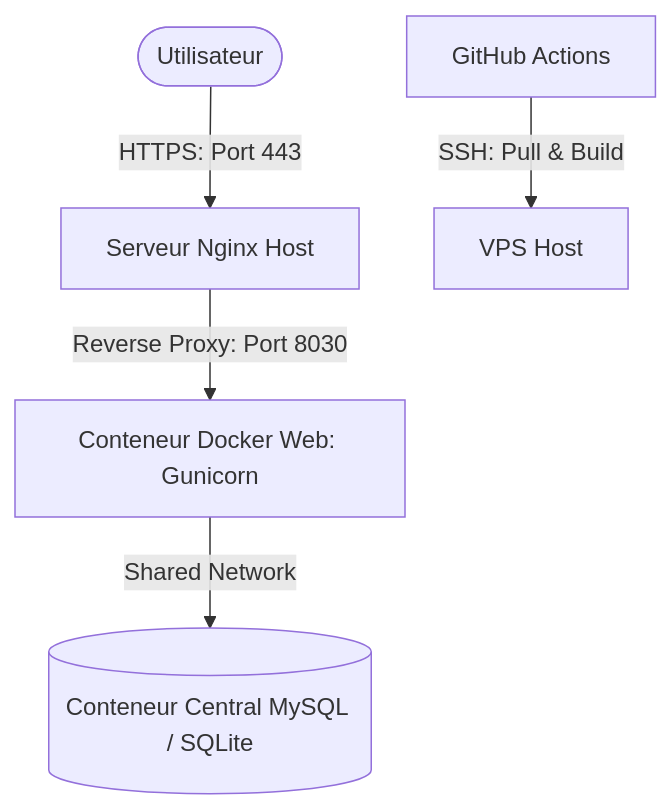
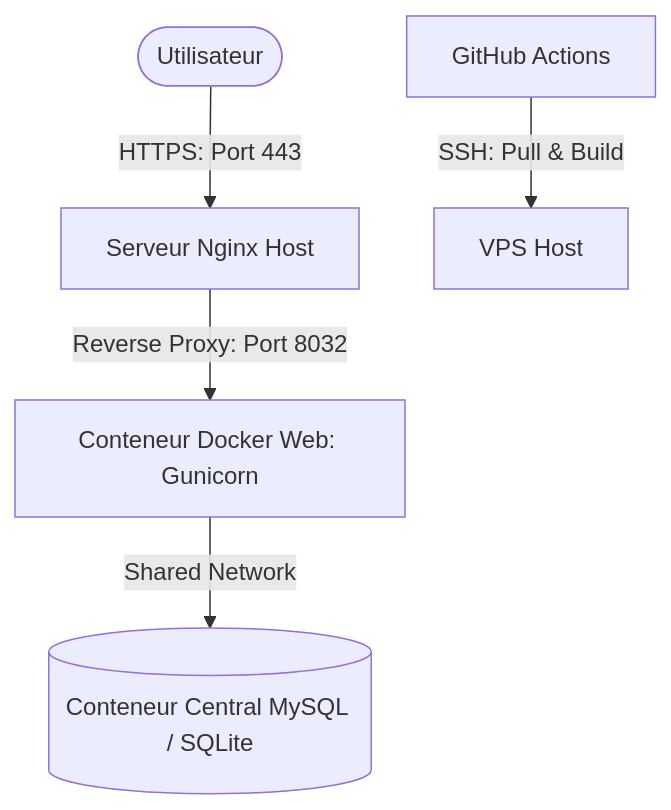
The diagram in DEPLOYMENT.md (wenjus26/connect-jeunes), drawn with Mermaid before and after one commit. The commit also changed 3 other files, not shown here.

Commit message:
port: change both host and container port to 8032:8032

````diff
--- a/DEPLOYMENT.md
+++ b/DEPLOYMENT.md
@@ -11,7 +11,7 @@
 ```mermaid
 graph TD
     User([Utilisateur]) -->|HTTPS: Port 443| Nginx[Serveur Nginx Host]
-    Nginx -->|Reverse Proxy: Port 8030| WebContainer[Conteneur Docker Web: Gunicorn]
+    Nginx -->|Reverse Proxy: Port 8032| WebContainer[Conteneur Docker Web: Gunicorn]
     WebContainer -->|Shared Network| DBContainer[(Conteneur Central MySQL / SQLite)]
     GitHub[GitHub Actions] -->|SSH: Pull & Build| VPS[VPS Host]
 ```
````
